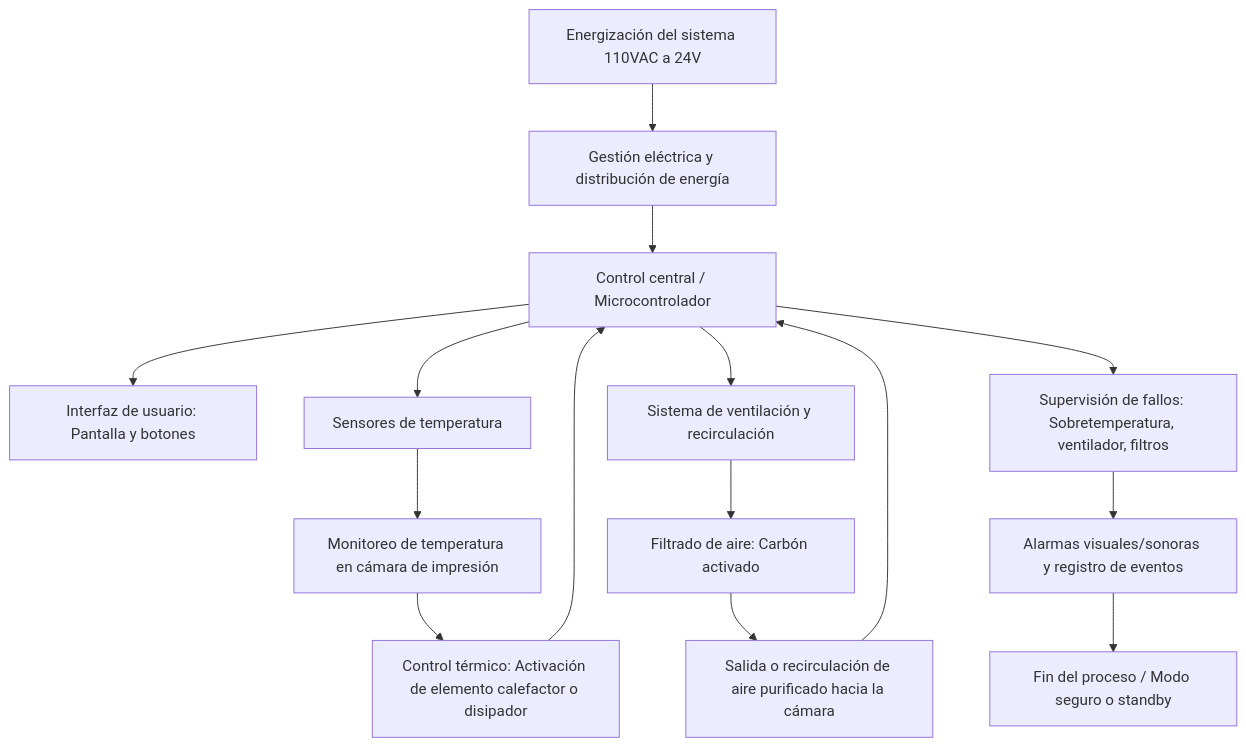
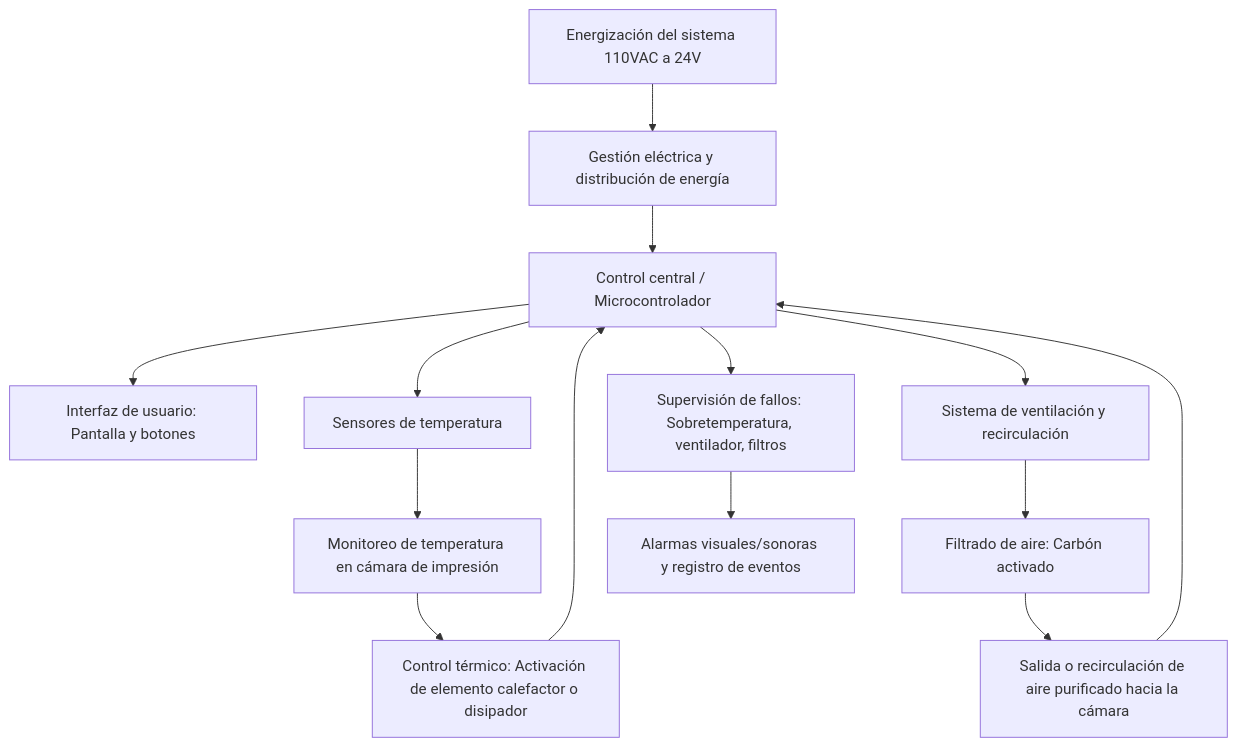
One commit to isamendo17/Proyecto_final_robotica changed the second of 2 diagrams in README.md. Above: the diagram before and after it, drawn with Mermaid.

````diff
--- a/README.md
+++ b/README.md
@@ -51,27 +51,24 @@
 ```mermaid
 flowchart TD
     A[Energización del sistema 110VAC a 24V] --> B[Gestión eléctrica y distribución de energía]
     B --> C[Control central / Microcontrolador]
     
     %% Sensores e interfaz
     C --> D[Interfaz de usuario: Pantalla y botones]
     C --> E[Sensores de temperatura]
     
     %% Control térmico
     E --> F[Monitoreo de temperatura en cámara de impresión]
     F --> G[Control térmico: Activación de elemento calefactor o disipador]
     G --> C
     
     %% Purificación de aire
     C --> H[Sistema de ventilación y recirculación]
     H --> I[Filtrado de aire: Carbón activado]
     I --> J[Salida o recirculación de aire purificado hacia la cámara]
     J --> C
     
     %% Seguridad y alarmas
     C --> K[Supervisión de fallos: Sobretemperatura, ventilador, filtros]
     K --> L[Alarmas visuales/sonoras y registro de eventos]
-    
-    %% Cierre
-    L --> M[Fin del proceso / Modo seguro o standby]
 ```
````
